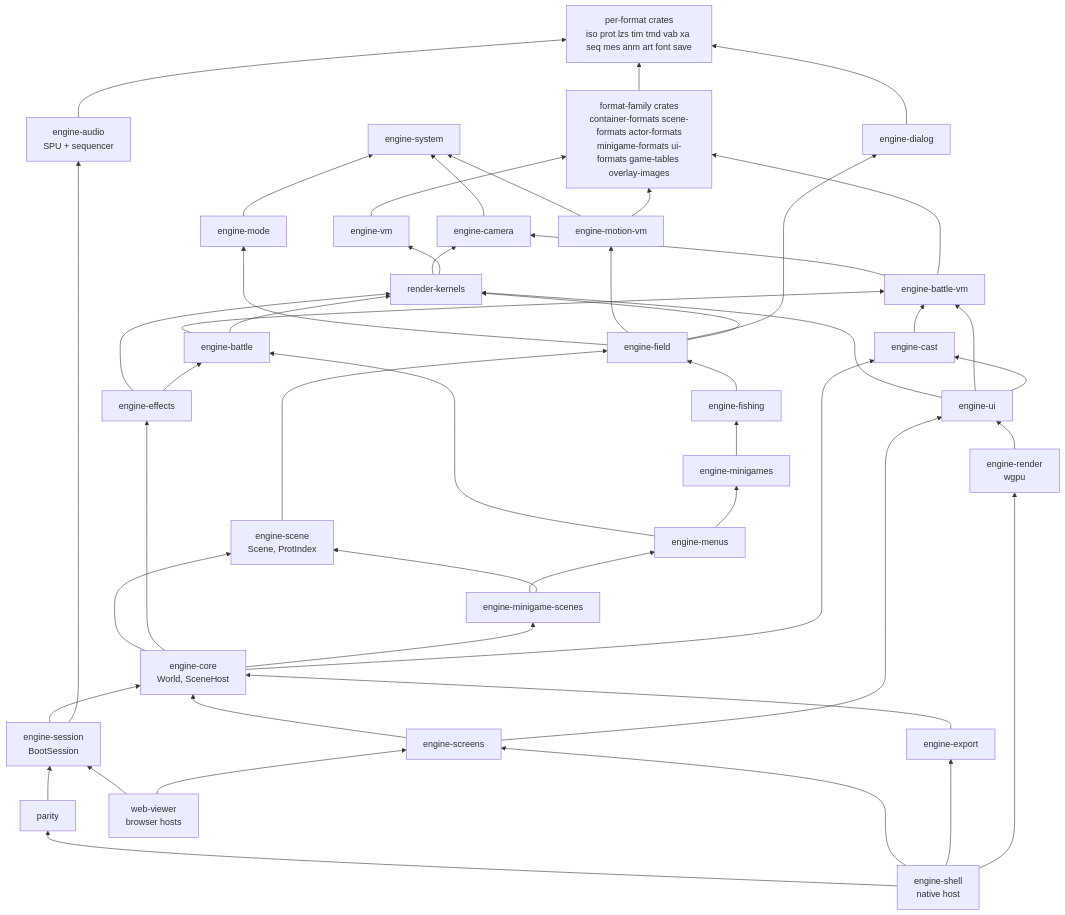
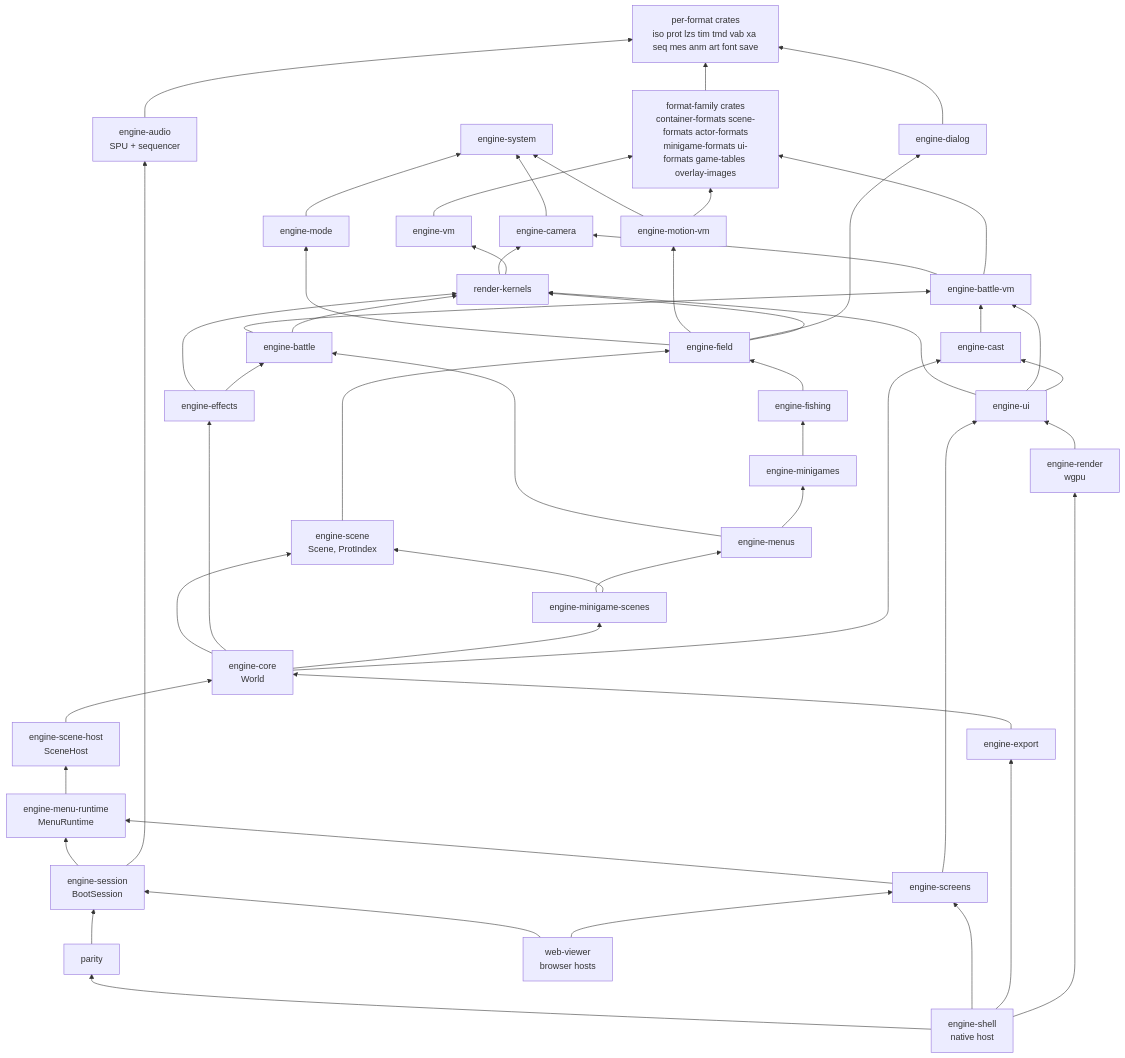
The first of 4 diagrams in docs/subsystems/engine.md (AndrewAltimit/legend-of-legaia-re), drawn with Mermaid before and after one commit. The commit also changed other lines of this file and 938 other files, not shown here.

First line of the commit message:
Gap wave 7 (part 2): play-test fixes, retail and host parity, engine-core split, fog rework, site refresh (#532)

```diff
--- a/docs/subsystems/engine.md
+++ b/docs/subsystems/engine.md
@@ -59,7 +59,9 @@
     EMENU["engine-menus"]
     EMGS["engine-minigame-scenes"]
     ESCN["engine-scene<br/>Scene, ProtIndex"]
-    CORE["engine-core<br/>World, SceneHost"]
+    CORE["engine-core<br/>World"]
+    SH["engine-scene-host<br/>SceneHost"]
+    MR["engine-menu-runtime<br/>MenuRuntime"]
     EUI["engine-ui"]
     EREN["engine-render<br/>wgpu"]
     EAUD["engine-audio<br/>SPU + sequencer"]
@@ -106,9 +108,11 @@
     EUI --> ECAST
     EREN --> EUI
     EAUD --> FMT
-    SESS --> CORE
+    SH --> CORE
+    MR --> SH
+    SESS --> MR
     SESS --> EAUD
-    SCR --> CORE
+    SCR --> MR
     SCR --> EUI
     PAR --> SESS
     SHELL --> PAR
```
